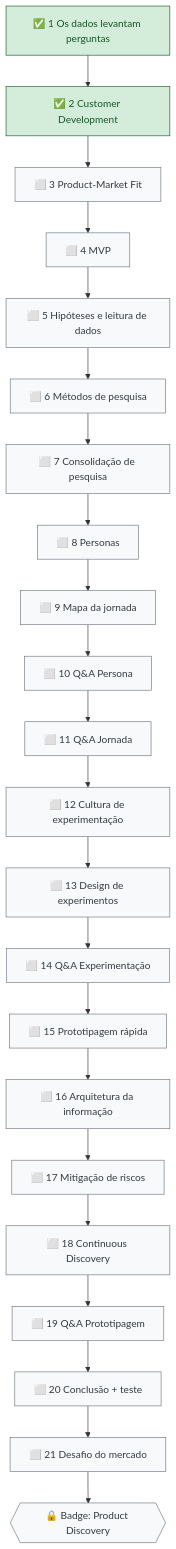
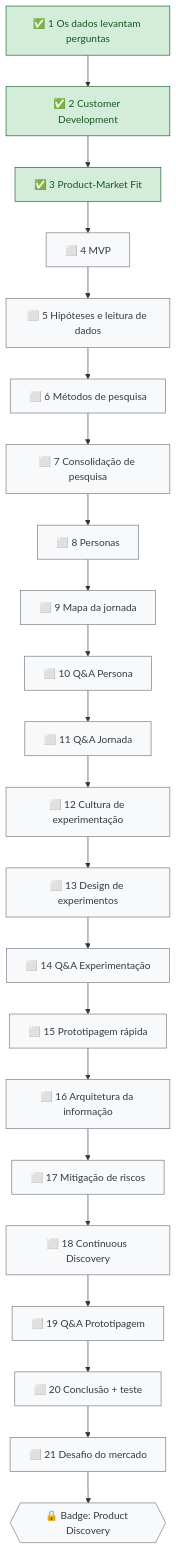
The fourth of 7 diagrams in mapa-de-estudos.md (letsprown-code/po-learning-journal), drawn with Mermaid before and after one commit. The commit also changed other lines of this file and 5 other files, not shown here.

First line of the commit message:
DPL 03 aula 3: Product-Market Fit (nota, pirâmide do PMF, glossário)

```diff
--- a/mapa-de-estudos.md
+++ b/mapa-de-estudos.md
@@ -141,14 +141,14 @@
 ~~~mermaid
 flowchart TD
-    D1["✅ 1 Os dados levantam perguntas"] --> D2["✅ 2 Customer Development"] --> D3["⬜ 3 Product-Market Fit"] --> D4["⬜ 4 MVP"]
+    D1["✅ 1 Os dados levantam perguntas"] --> D2["✅ 2 Customer Development"] --> D3["✅ 3 Product-Market Fit"] --> D4["⬜ 4 MVP"]
     D4 --> D5["⬜ 5 Hipóteses e leitura de dados"] --> D6["⬜ 6 Métodos de pesquisa"] --> D7["⬜ 7 Consolidação de pesquisa"]
     D7 --> D8["⬜ 8 Personas"] --> D9["⬜ 9 Mapa da jornada"] --> D10["⬜ 10 Q&A Persona"] --> D11["⬜ 11 Q&A Jornada"]
     D11 --> D12["⬜ 12 Cultura de experimentação"] --> D13["⬜ 13 Design de experimentos"] --> D14["⬜ 14 Q&A Experimentação"]
     D14 --> D15["⬜ 15 Prototipagem rápida"] --> D16["⬜ 16 Arquitetura da informação"] --> D17["⬜ 17 Mitigação de riscos"]
     D17 --> D18["⬜ 18 Continuous Discovery"] --> D19["⬜ 19 Q&A Prototipagem"] --> D20["⬜ 20 Conclusão + teste"] --> D21["⬜ 21 Desafio do mercado"]
     D21 --> B3{{"🔒 Badge: Product Discovery"}}
     classDef done fill:#d4edda,stroke:#155724,color:#155724
     classDef todo fill:#f8f9fa,stroke:#6c757d,color:#343a40
-    class D1,D2 done
-    class D3,D4,D5,D6,D7,D8,D9,D10,D11,D12,D13,D14,D15,D16,D17,D18,D19,D20,D21,B3 todo
+    class D1,D2,D3 done
+    class D4,D5,D6,D7,D8,D9,D10,D11,D12,D13,D14,D15,D16,D17,D18,D19,D20,D21,B3 todo
 ~~~
```
